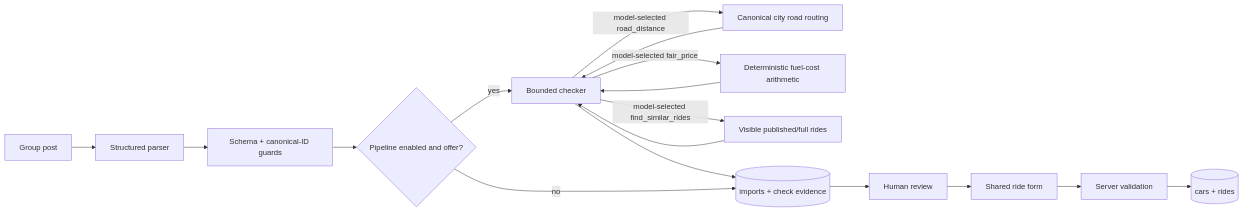
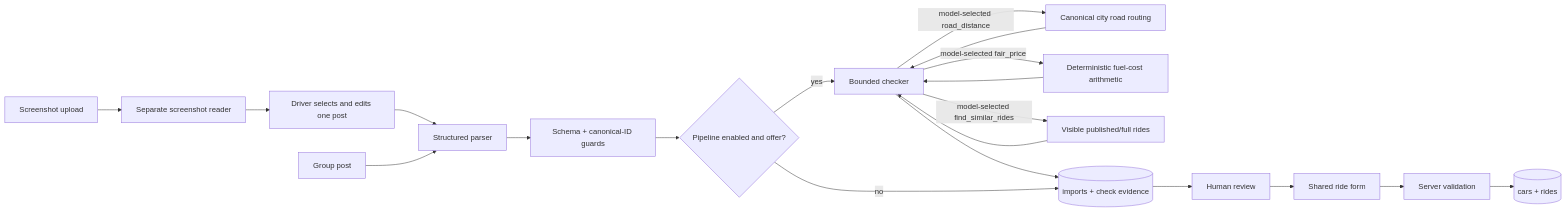
One commit to gavro081/ajde changed the second of 2 diagrams in README.md. Above: the diagram before and after it, drawn with Mermaid. The commit also changed other lines of this file and 7 other files, not shown here.

````diff
--- a/README.md
+++ b/README.md
@@ -67,19 +67,22 @@
 ```mermaid
 flowchart LR
+  Screenshot[Screenshot upload] --> Reader[Separate screenshot reader]
+  Reader --> Selection[Driver selects and edits one post]
+  Selection --> Parse
   Post[Group post] --> Parse[Structured parser]
   Parse --> Validate[Schema + canonical-ID guards]
   Validate --> Flag{Pipeline enabled and offer?}
   Flag -->|yes| Checker[Bounded checker]
   Checker -->|model-selected road_distance| Road[Canonical city road routing]
   Road --> Checker
   Checker -->|model-selected fair_price| Price[Deterministic fuel-cost arithmetic]
   Price --> Checker
   Checker -->|model-selected find_similar_rides| Similar[Visible published/full rides]
   Similar --> Checker
   Checker --> Import[(imports + check evidence)]
   Flag -->|no| Import
   Import --> Review[Human review]
   Review --> Form[Shared ride form]
   Form --> Server[Server validation]
   Server --> Ride[(cars + rides)]
 ```
````
